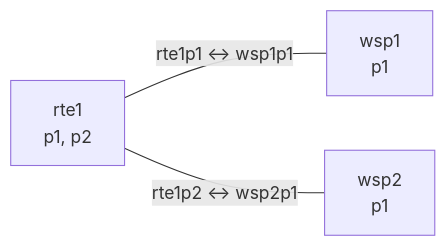
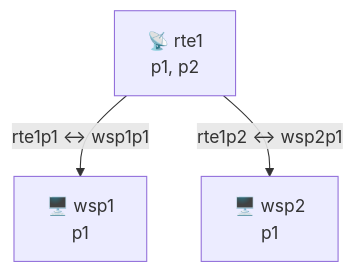
One commit to MagicJF/NetLabs changed the second of 2 diagrams in labs/b_router_dos_puestos/b_router_dos_puestos.md. Above: the diagram before and after it, drawn with Mermaid. The commit also changed other lines of this file and 6 other files, not shown here.

````diff
--- a/labs/b_router_dos_puestos/b_router_dos_puestos.md
+++ b/labs/b_router_dos_puestos/b_router_dos_puestos.md
@@ -28,8 +34,8 @@
 ```mermaid
-flowchart LR
-    n_rte1["rte1<br/>p1, p2"]
-    n_wsp1["wsp1<br/>p1"]
-    n_wsp2["wsp2<br/>p1"]
-    n_rte1 ---|rte1p1 ↔ wsp1p1| n_wsp1
-    n_rte1 ---|rte1p2 ↔ wsp2p1| n_wsp2
+flowchart TB
+    n_rte1["📡 rte1<br/>p1, p2"]
+    n_wsp1["🖥️ wsp1<br/>p1"]
+    n_wsp2["🖥️ wsp2<br/>p1"]
+    n_rte1 -->|rte1p1 ↔ wsp1p1| n_wsp1
+    n_rte1 -->|rte1p2 ↔ wsp2p1| n_wsp2
 ```
````
